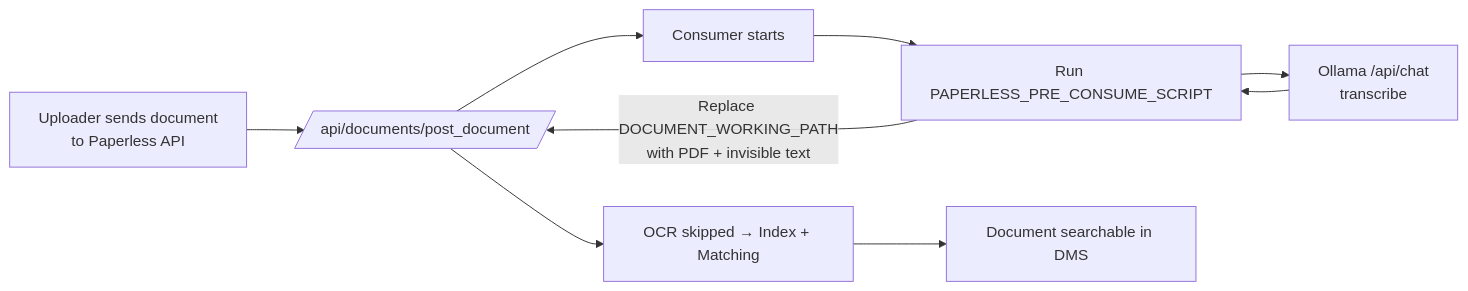
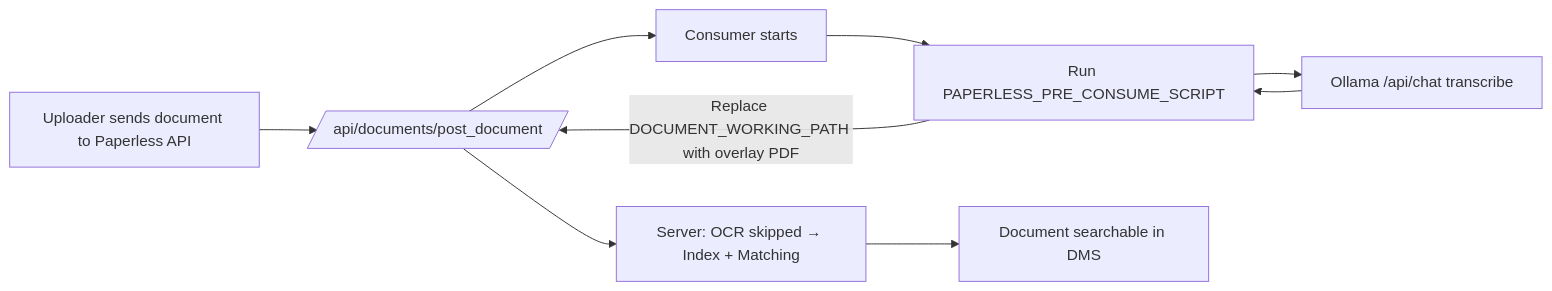
Before and after one commit to Nicolas2912/paperless-receipt-automation: the third of 4 diagrams in diagrams.md, drawn with Mermaid. The commit also changed other lines of this file and 1 other file, not shown here.

Commit message:
update(doxs): update AGENTS.md and diagrams.md

````diff
--- a/diagrams.md
+++ b/diagrams.md
@@ -45,14 +97,11 @@
 ```mermaid
 flowchart LR
-    A[Uploader sends document
-to Paperless API] --> B[/api/documents/post_document/]
+    A[Uploader sends document to Paperless API] --> B[/api/documents/post_document/]
     B --> C[Consumer starts]
     C --> H[Run PAPERLESS_PRE_CONSUME_SCRIPT]
-    H --> V[Ollama /api/chat
-transcribe]
+    H --> V[Ollama /api/chat transcribe]:::ollama
     V --> H
-    H -->|Replace DOCUMENT_WORKING_PATH
-with PDF + invisible text| B
-    B --> IDX[OCR skipped → Index + Matching]
+    H -->|Replace DOCUMENT_WORKING_PATH with overlay PDF| B
+    B --> IDX[Server: OCR skipped → Index + Matching]
     IDX --> D[Document searchable in DMS]
 ```
````
